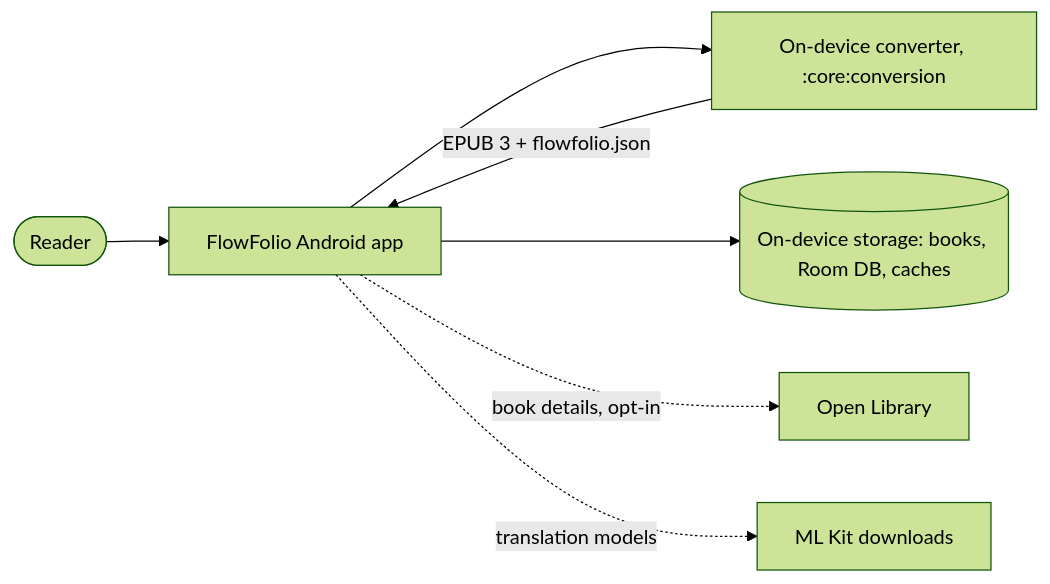
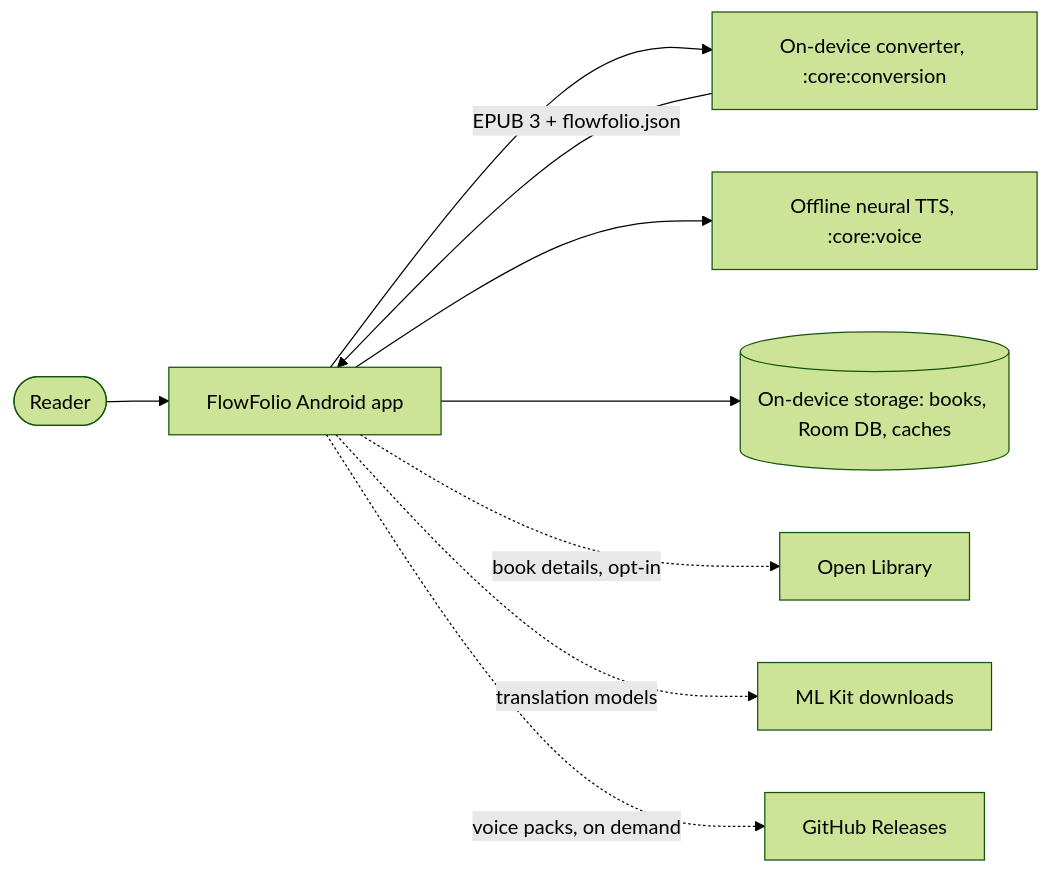
The first of 2 diagrams in docs/architecture.md (mgmourad/FlowFolio), drawn with Mermaid (forest theme) before and after one commit. The commit also changed other lines of this file and 8 other files, not shown here.

````diff
--- a/docs/architecture.md
+++ b/docs/architecture.md
@@ -7,9 +7,11 @@
 ```mermaid
 flowchart LR
   user([Reader]) --> app[FlowFolio Android app]
   app --> conv[On-device converter, :core:conversion]
   conv -- "EPUB 3 + flowfolio.json" --> app
+  app --> voice[Offline neural TTS, :core:voice]
   app --> storage[(On-device storage: books, Room DB, caches)]
   app -. "book details, opt-in" .-> ol[Open Library]
   app -. "translation models" .-> mlkit[ML Kit downloads]
+  app -. "voice packs, on demand" .-> voices[GitHub Releases]
 ```
````
